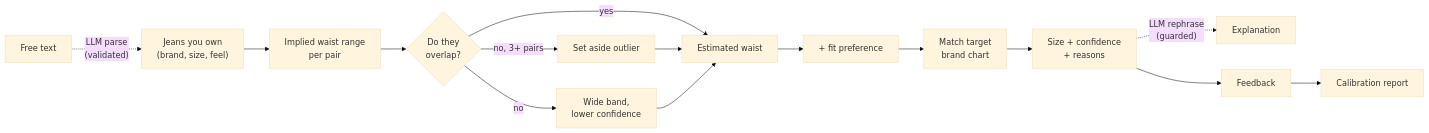
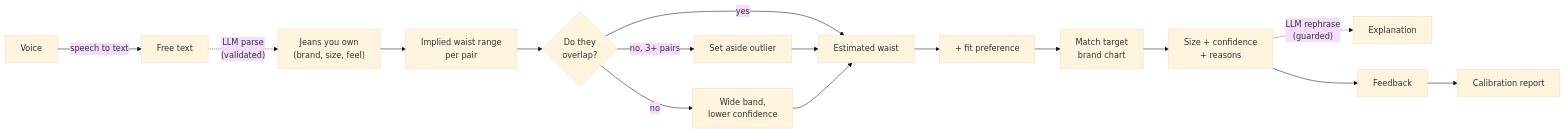
The diagram in README.md (abhikhya1051/fitmatch), drawn with Mermaid (base theme) before and after one commit. The commit also changed other lines of this file and 8 other files, not shown here.

````diff
--- a/README.md
+++ b/README.md
@@ -46,13 +48,14 @@
 ```mermaid
 flowchart LR
     A["Jeans you own<br/>(brand, size, feel)"] --> B["Implied waist range<br/>per pair"]
+    V["Voice"] -- "speech to text" --> T
     T["Free text"] -. "LLM parse<br/>(validated)" .-> A
     B --> C{"Do they<br/>overlap?"}
     C -- yes --> D["Estimated waist"]
     C -- "no, 3+ pairs" --> E["Set aside outlier"] --> D
     C -- no --> F["Wide band,<br/>lower confidence"] --> D
     D --> G["+ fit preference"] --> H["Match target<br/>brand chart"]
     H --> I["Size + confidence<br/>+ reasons"]
     I -. "LLM rephrase<br/>(guarded)" .-> J["Explanation"]
     I --> K["Feedback"] --> L["Calibration report"]
 ```
````
